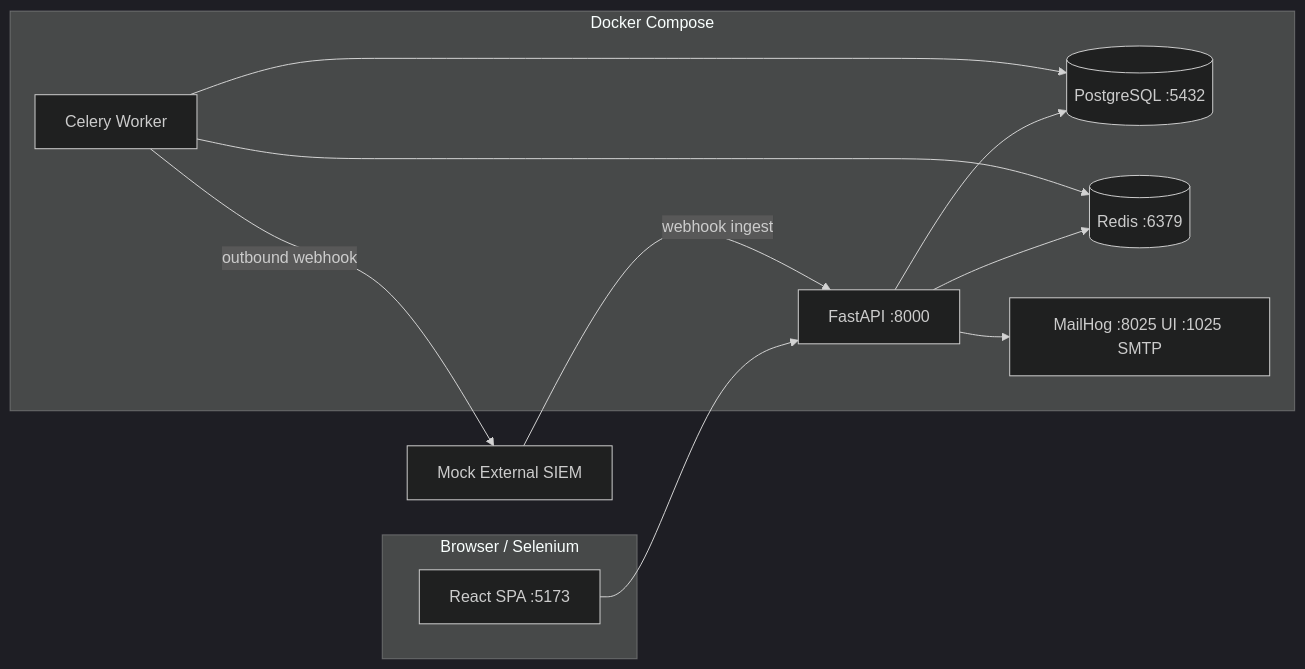
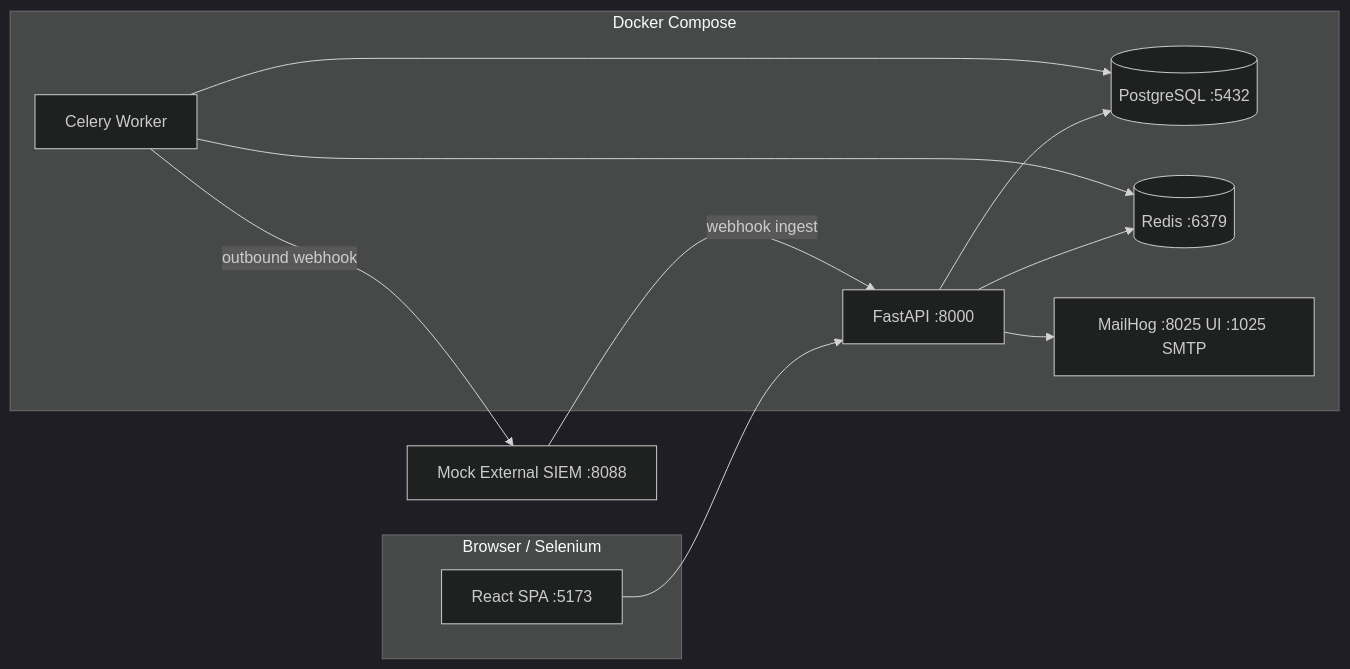
The first of 2 diagrams in docs/CONSTITUTION.md (dessisdakova/Sentinel_Desk-Demo_App), drawn with Mermaid (dark theme) before and after one commit. The commit also changed other lines of this file and 55 other files, not shown here.

````diff
--- a/docs/CONSTITUTION.md
+++ b/docs/CONSTITUTION.md
@@ -114,22 +114,22 @@
 ```mermaid
 flowchart LR
   subgraph client [Browser / Selenium]
     UI[React SPA :5173]
   end
   subgraph docker [Docker Compose]
     API[FastAPI :8000]
     PG[(PostgreSQL :5432)]
     RD[(Redis :6379)]
     WK[Celery Worker]
     MH[MailHog :8025 UI :1025 SMTP]
   end
-  EXT[Mock External SIEM]
+  EXT[Mock External SIEM :8088]
   UI --> API
   API --> PG
   API --> RD
   WK --> RD
   WK --> PG
   API --> MH
   EXT -->|webhook ingest| API
   WK -->|outbound webhook| EXT
 ```
````
